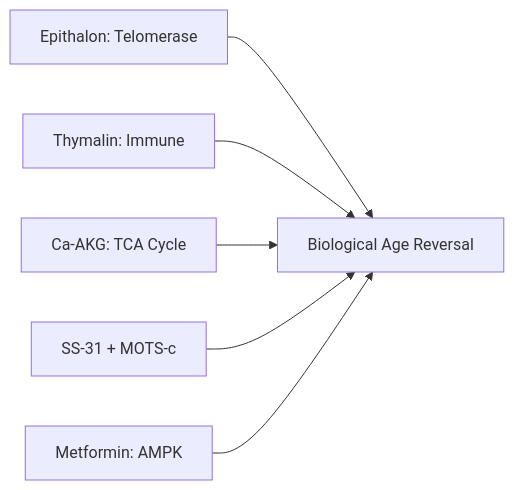
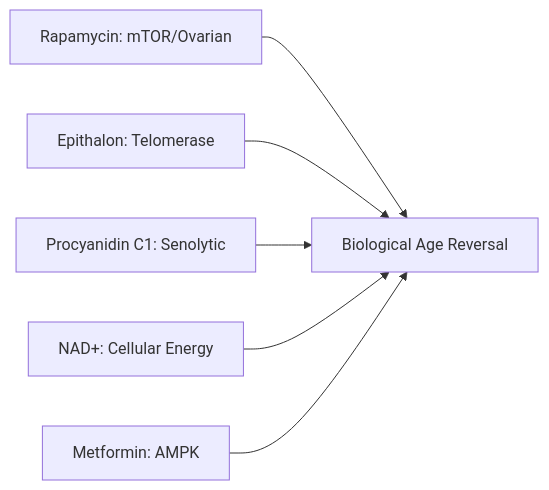
The sixth of 8 diagrams in protocols/athena-protocol.md (199-biotechnologies/199-peptides), drawn with Mermaid before and after one commit. The commit also changed other lines of this file and 1 other file, not shown here.

````diff
--- a/protocols/athena-protocol.md
+++ b/protocols/athena-protocol.md
@@ -127,8 +131,8 @@
 ```mermaid
 flowchart LR
-    EPI[Epithalon: Telomerase] --> L[Biological Age Reversal]
-    THY[Thymalin: Immune] --> L
-    CAA[Ca-AKG: TCA Cycle] --> L
-    MIT[SS-31 + MOTS-c] --> L
+    RAPA[Rapamycin: mTOR/Ovarian] --> L[Biological Age Reversal]
+    EPI[Epithalon: Telomerase] --> L
+    PC1[Procyanidin C1: Senolytic] --> L
+    NAD[NAD+: Cellular Energy] --> L
     MET[Metformin: AMPK] --> L
 ```
````
